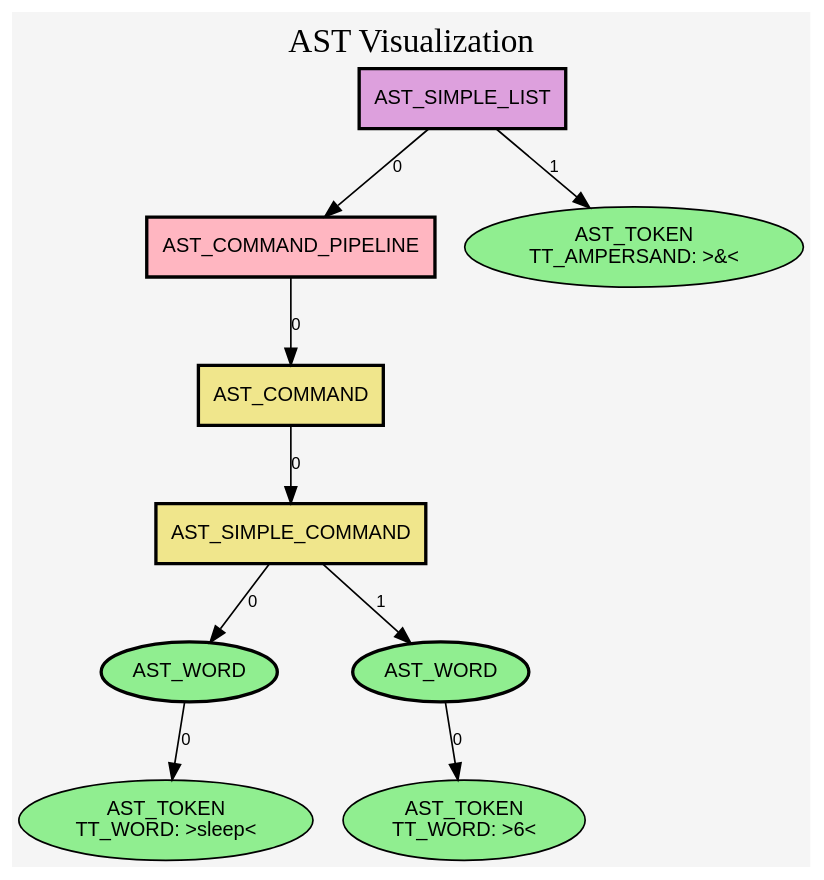
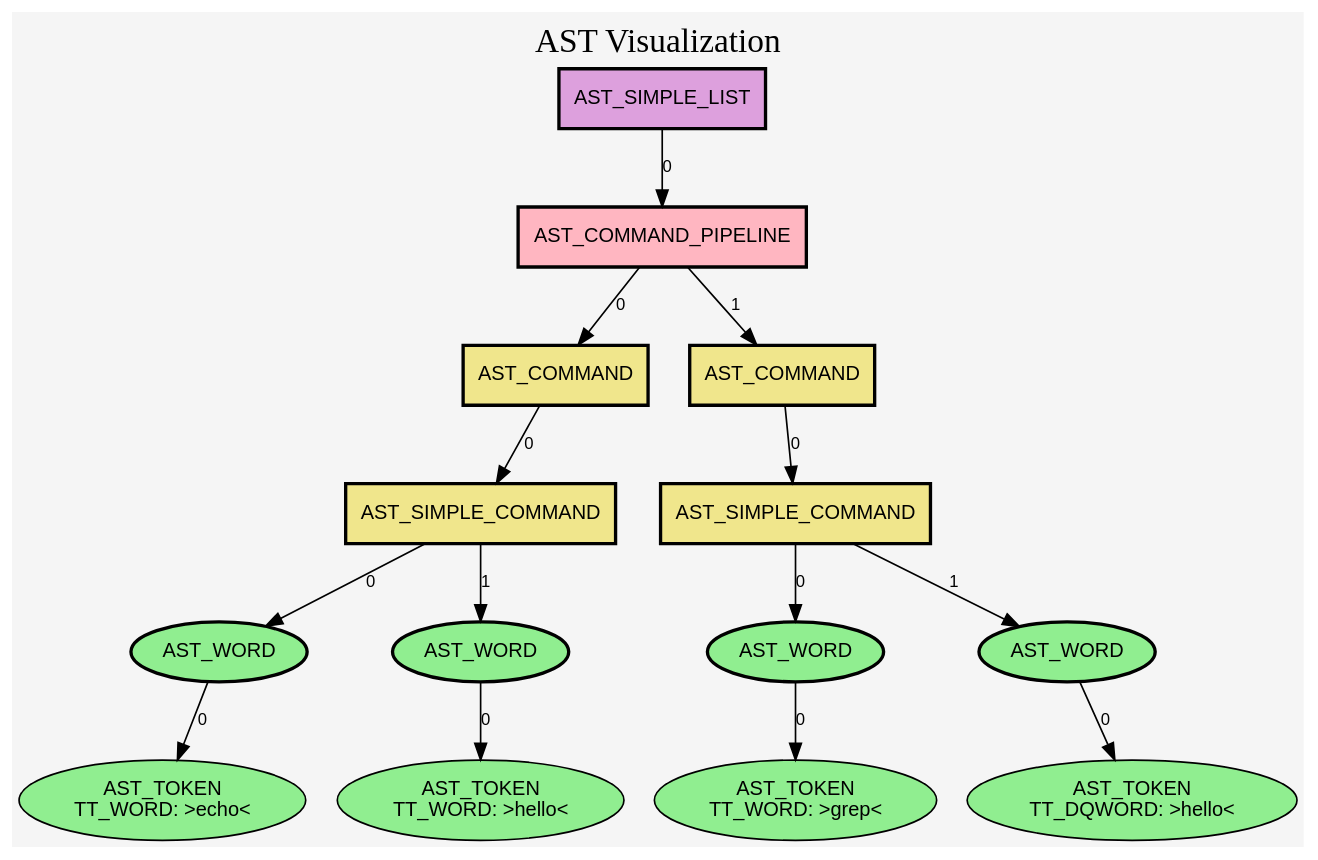
Before and after one commit to Univers42/sh42: the diagram in out.dot, drawn with Graphviz. The commit also changed 156 other files, not shown here.

```diff
--- a/out.dot
+++ b/out.dot
@@ -1,28 +1,38 @@
 digraph AST {
 	rankdir=TB;
 	node [fontname="Arial", fontsize=12];
 	edge [fontname="Arial", fontsize=10];
 	bgcolor="#F5F5F5";
 
 	n0 [label="AST_SIMPLE_LIST", style=filled, fillcolor="#DDA0DD", shape=box, penwidth=2];
 	n0 -> n3850216102 [label="0"];
 	n3850216102 [label="AST_COMMAND_PIPELINE", style=filled, fillcolor="#FFB6C1", shape=box, penwidth=2];
 	n3850216102 -> n4216142890 [label="0"];
 	n4216142890 [label="AST_COMMAND", style=filled, fillcolor="#F0E68C", shape=box, penwidth=2];
 	n4216142890 -> n4177211283 [label="0"];
 	n4177211283 [label="AST_SIMPLE_COMMAND", style=filled, fillcolor="#F0E68C", shape=box, penwidth=2];
 	n4177211283 -> n3872387439 [label="0"];
 	n3872387439 [label="AST_WORD", style=filled, fillcolor="#90EE90", shape=ellipse, penwidth=2];
 	n3872387439 -> n1663027210 [label="0"];
-	n1663027210 [label="AST_TOKEN\nTT_WORD: >sleep<", style=filled, fillcolor="#90EE90", shape=ellipse];
+	n1663027210 [label="AST_TOKEN\nTT_WORD: >echo<", style=filled, fillcolor="#90EE90", shape=ellipse];
 	n4177211283 -> n4287950519 [label="1"];
 	n4287950519 [label="AST_WORD", style=filled, fillcolor="#90EE90", shape=ellipse, penwidth=2];
 	n4287950519 -> n1214240581 [label="0"];
-	n1214240581 [label="AST_TOKEN\nTT_WORD: >6<", style=filled, fillcolor="#90EE90", shape=ellipse];
-	n0 -> n2884641882 [label="1"];
-	n2884641882 [label="AST_TOKEN\nTT_AMPERSAND: >&<", style=filled, fillcolor="#90EE90", shape=ellipse];
+	n1214240581 [label="AST_TOKEN\nTT_WORD: >hello<", style=filled, fillcolor="#90EE90", shape=ellipse];
+	n3850216102 -> n2884641882 [label="1"];
+	n2884641882 [label="AST_COMMAND", style=filled, fillcolor="#F0E68C", shape=box, penwidth=2];
+	n2884641882 -> n1913715028 [label="0"];
+	n1913715028 [label="AST_SIMPLE_COMMAND", style=filled, fillcolor="#F0E68C", shape=box, penwidth=2];
+	n1913715028 -> n1869909955 [label="0"];
+	n1869909955 [label="AST_WORD", style=filled, fillcolor="#90EE90", shape=ellipse, penwidth=2];
+	n1869909955 -> n4129444750 [label="0"];
+	n4129444750 [label="AST_TOKEN\nTT_WORD: >grep<", style=filled, fillcolor="#90EE90", shape=ellipse];
+	n1913715028 -> n1642354536 [label="1"];
+	n1642354536 [label="AST_WORD", style=filled, fillcolor="#90EE90", shape=ellipse, penwidth=2];
+	n1642354536 -> n3546971706 [label="0"];
+	n3546971706 [label="AST_TOKEN\nTT_DQWORD: >hello<", style=filled, fillcolor="#90EE90", shape=ellipse];
 
 	labelloc="t";
 	label="AST Visualization";
 	fontsize=20;
 }
```
